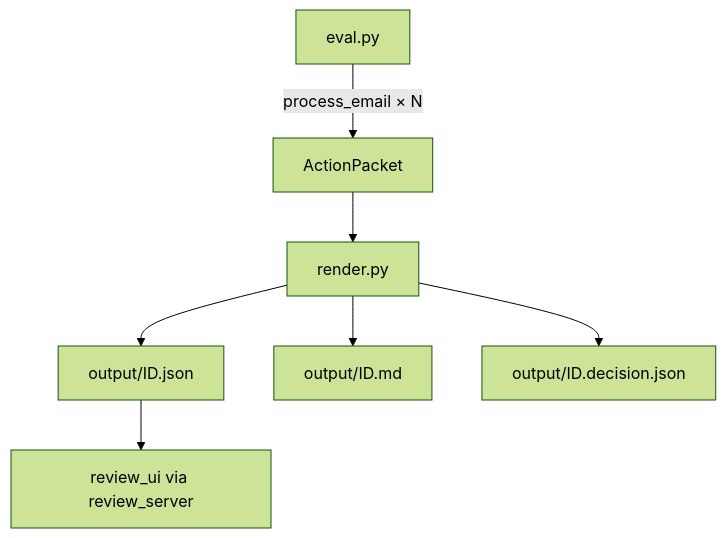
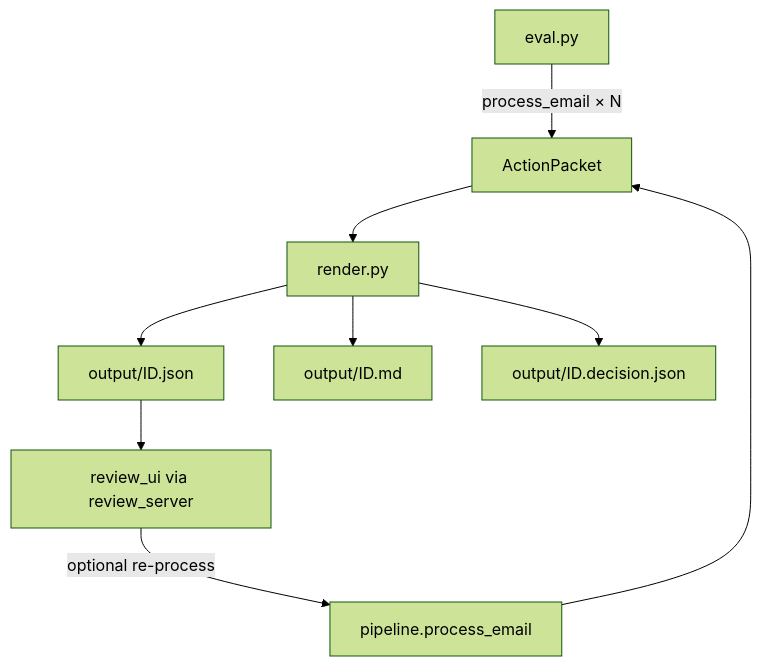
The eighth of 8 diagrams in MODULES.md (AryanSethiya/meridian), drawn with Mermaid (forest theme) before and after one commit. The commit also changed other lines of this file and 6 other files, not shown here.

````diff
--- a/MODULES.md
+++ b/MODULES.md
@@ -194,9 +195,11 @@
 ```mermaid
 flowchart TD
   AP["ActionPacket"] --> REN["render.py"]
   REN --> J["output/ID.json"]
   REN --> M["output/ID.md"]
   REN --> D["output/ID.decision.json"]
   J --> UI["review_ui via review_server"]
+  UI -->|"optional re-process"| PIPE2["pipeline.process_email"]
+  PIPE2 --> AP
   EVAL["eval.py"] -->|"process_email × N"| AP
 ```
````
